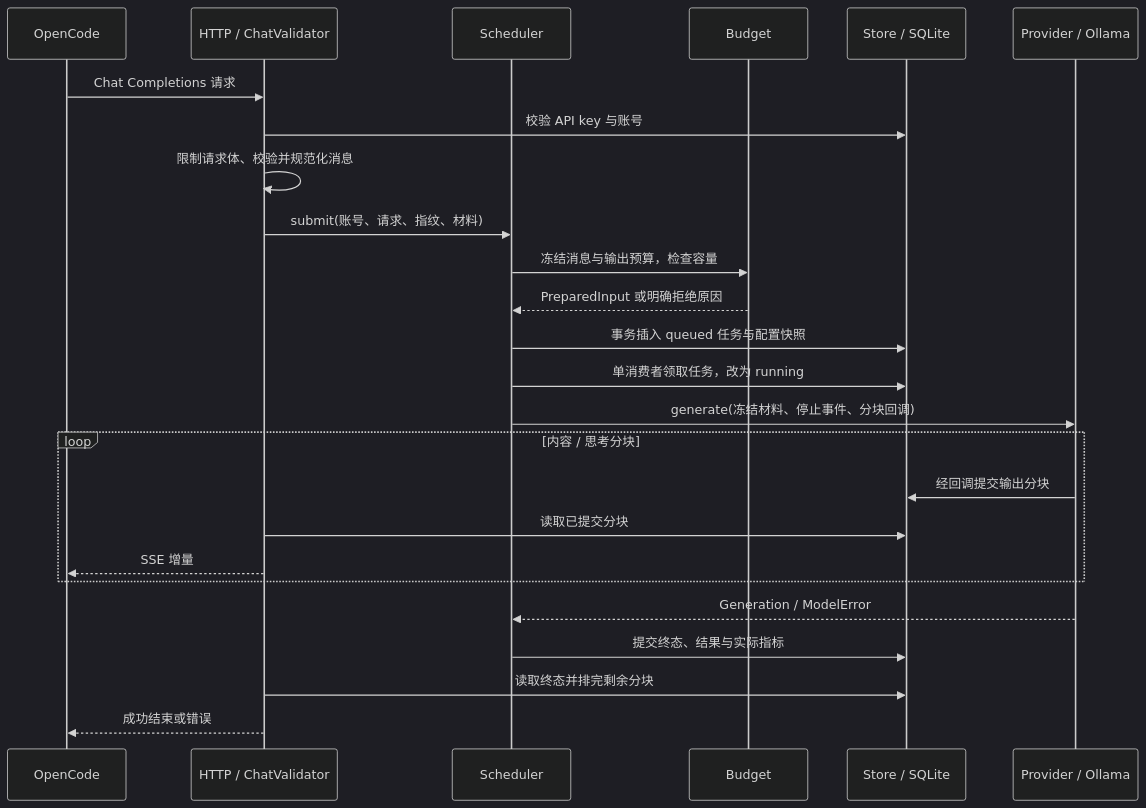
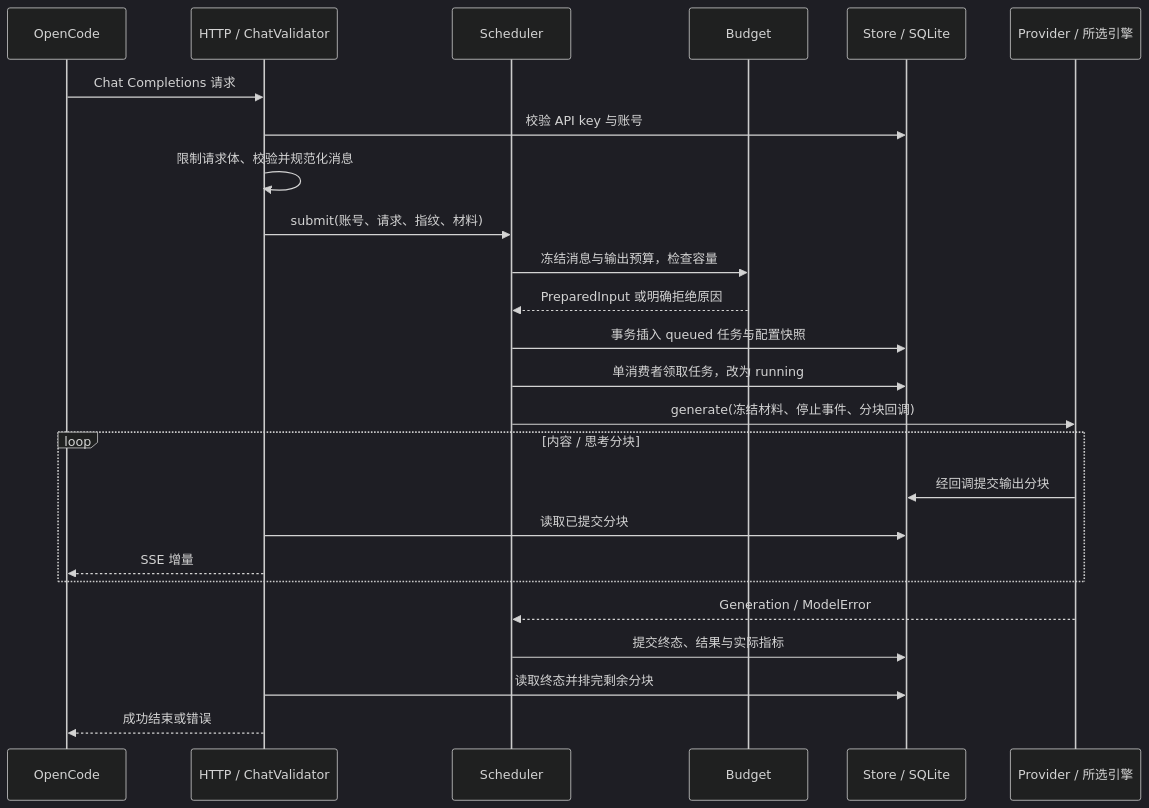
One commit to mahy616/AiServer changed the third of 4 diagrams in docs/代码与软件工程导读.md. Above: the diagram before and after it, drawn with Mermaid (dark theme). The commit also changed other lines of this file and 40 other files, not shown here.

````diff
--- a/docs/代码与软件工程导读.md
+++ b/docs/代码与软件工程导读.md
@@ -142,27 +198,27 @@
 ```mermaid
 sequenceDiagram
     participant C as OpenCode
     participant H as HTTP / ChatValidator
     participant S as Scheduler
     participant B as Budget
     participant D as Store / SQLite
-    participant P as Provider / Ollama
+    participant P as Provider / 所选引擎
     C->>H: Chat Completions 请求
     H->>D: 校验 API key 与账号
     H->>H: 限制请求体、校验并规范化消息
     H->>S: submit(账号、请求、指纹、材料)
     S->>B: 冻结消息与输出预算，检查容量
     B-->>S: PreparedInput 或明确拒绝原因
     S->>D: 事务插入 queued 任务与配置快照
     S->>D: 单消费者领取任务，改为 running
     S->>P: generate(冻结材料、停止事件、分块回调)
     loop 内容 / 思考分块
         P->>D: 经回调提交输出分块
         H->>D: 读取已提交分块
         H-->>C: SSE 增量
     end
     P-->>S: Generation / ModelError
     S->>D: 提交终态、结果与实际指标
     H->>D: 读取终态并排完剩余分块
     H-->>C: 成功结束或错误
 ```
````
